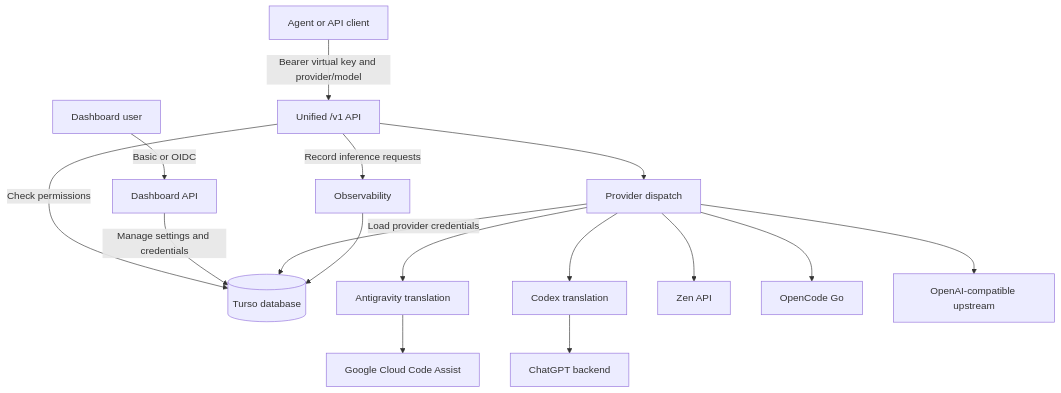
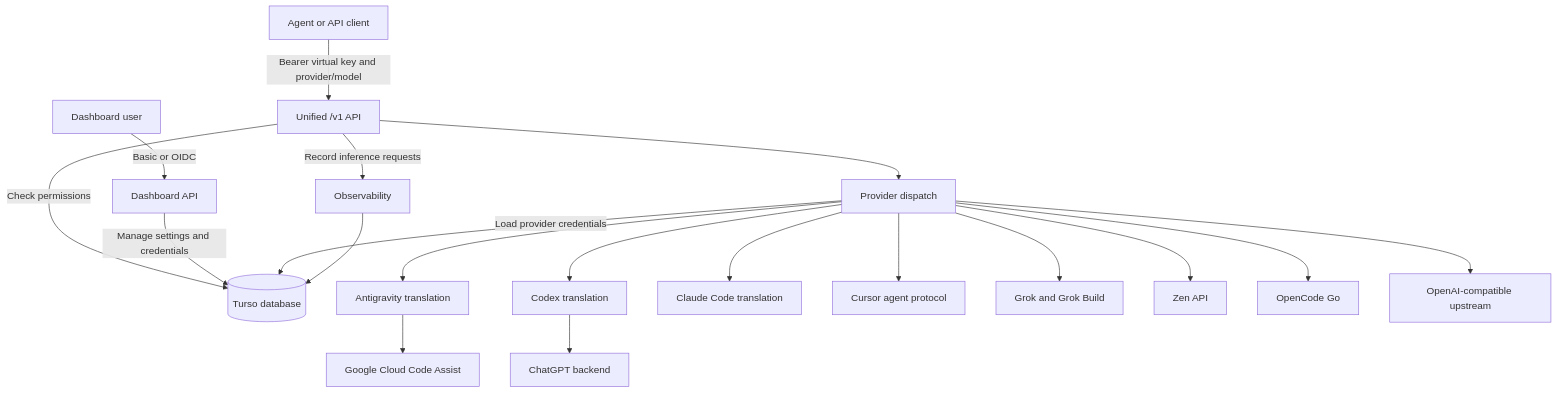
The diagram in docs/architecture.md (Delnegend/zero-g), drawn with Mermaid before and after one commit. The commit also changed other lines of this file and 3 other files, not shown here.

````diff
--- a/docs/architecture.md
+++ b/docs/architecture.md
@@ -7,18 +7,21 @@
 ```mermaid
 flowchart TD
     Agent[Agent or API client] -->|Bearer virtual key and provider/model| API[Unified /v1 API]
     Browser[Dashboard user] -->|Basic or OIDC| Dashboard[Dashboard API]
     API -->|Check permissions| DB[(Turso database)]
     Dashboard -->|Manage settings and credentials| DB
     API --> Router[Provider dispatch]
     Router -->|Load provider credentials| DB
     Router --> AGY[Antigravity translation]
     Router --> Codex[Codex translation]
+    Router --> Claude[Claude Code translation]
+    Router --> Cursor[Cursor agent protocol]
+    Router --> Grok[Grok and Grok Build]
     Router --> Zen[Zen API]
     Router --> Go[OpenCode Go]
     Router --> Custom[OpenAI-compatible upstream]
     AGY --> Google[Google Cloud Code Assist]
     Codex --> OpenAI[ChatGPT backend]
     API -->|Record inference requests| Logs[Observability]
     Logs --> DB
 ```
````
